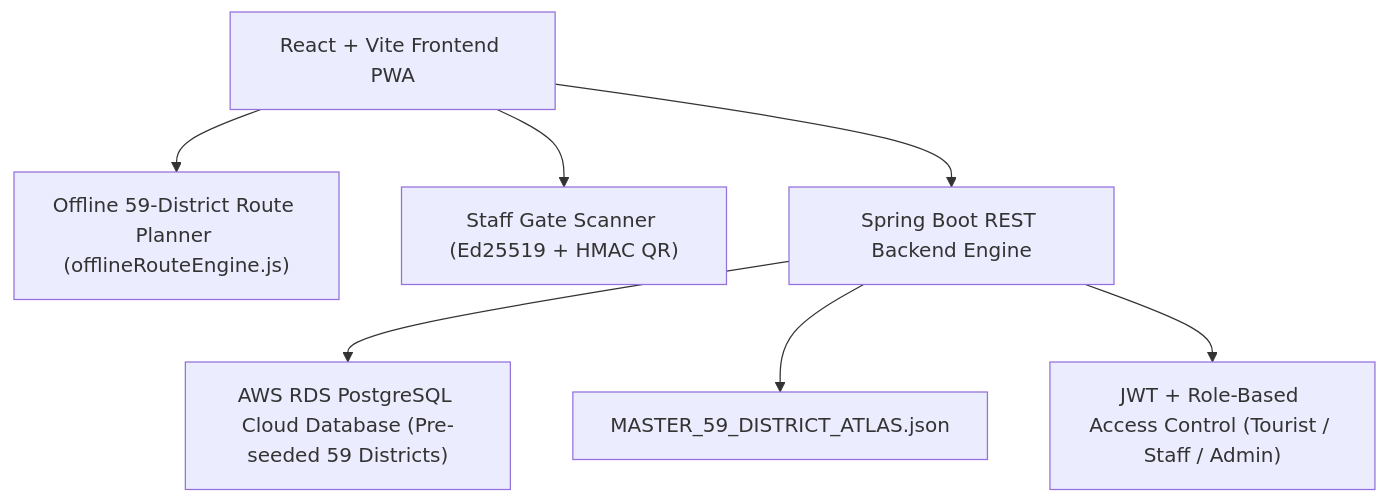
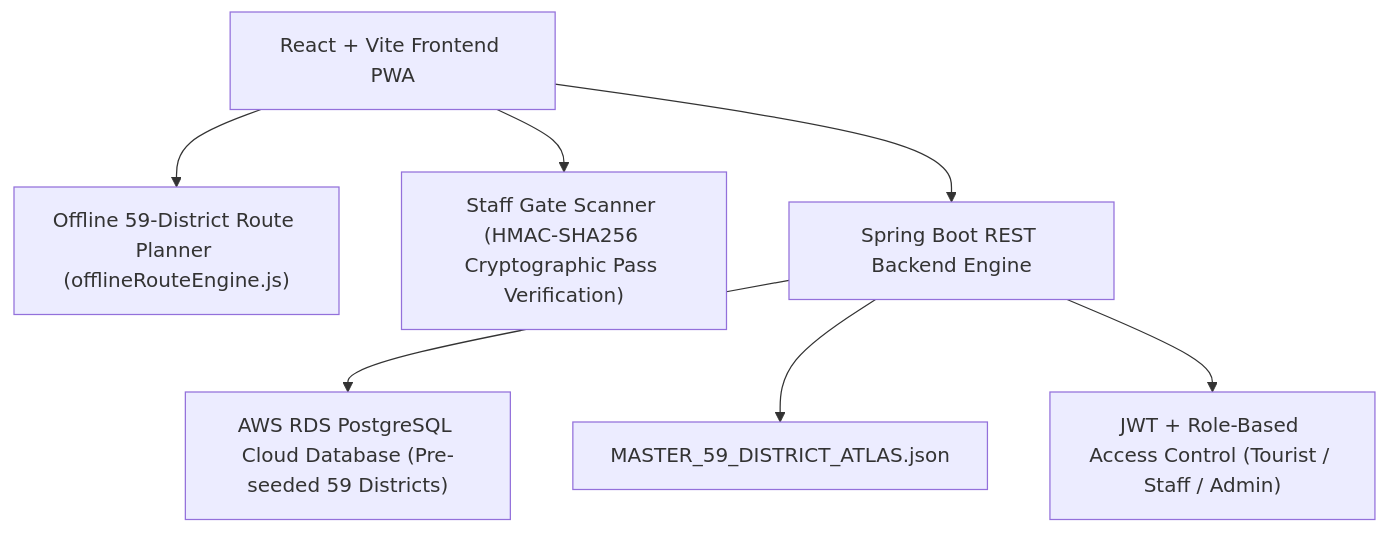
Before and after one commit to jagruthv/Globetrotters-Gateway: the diagram in README.md, drawn with Mermaid. The commit also changed other lines of this file and 9 other files, not shown here.

````diff
--- a/README.md
+++ b/README.md
@@ -10,9 +10,9 @@
 ```mermaid
 graph TD
     Client["React + Vite Frontend PWA"] --> OfflineEngine["Offline 59-District Route Planner (offlineRouteEngine.js)"]
-    Client --> Scanner["Staff Gate Scanner (Ed25519 + HMAC QR)"]
+    Client --> Scanner["Staff Gate Scanner (HMAC-SHA256 Cryptographic Pass Verification)"]
     Client --> API["Spring Boot REST Backend Engine"]
     API --> CloudDB["AWS RDS PostgreSQL Cloud Database (Pre-seeded 59 Districts)"]
     API --> MasterAtlas["MASTER_59_DISTRICT_ATLAS.json"]
     API --> Security["JWT + Role-Based Access Control (Tourist / Staff / Admin)"]
 ```
````
